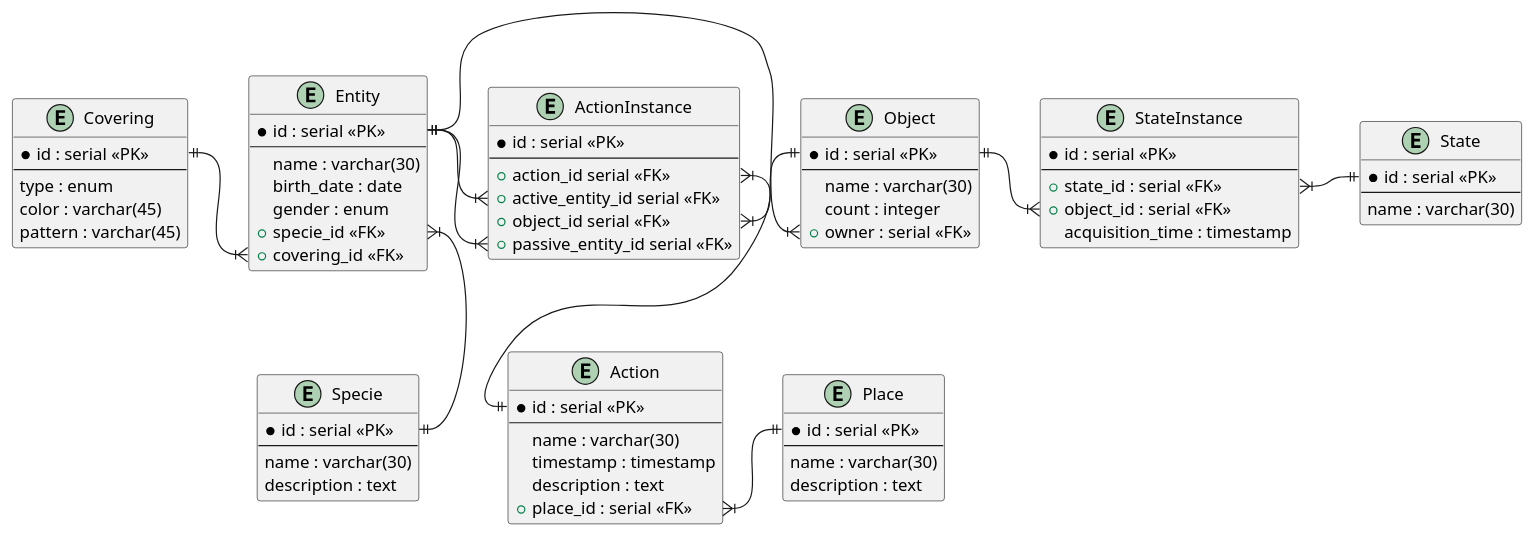
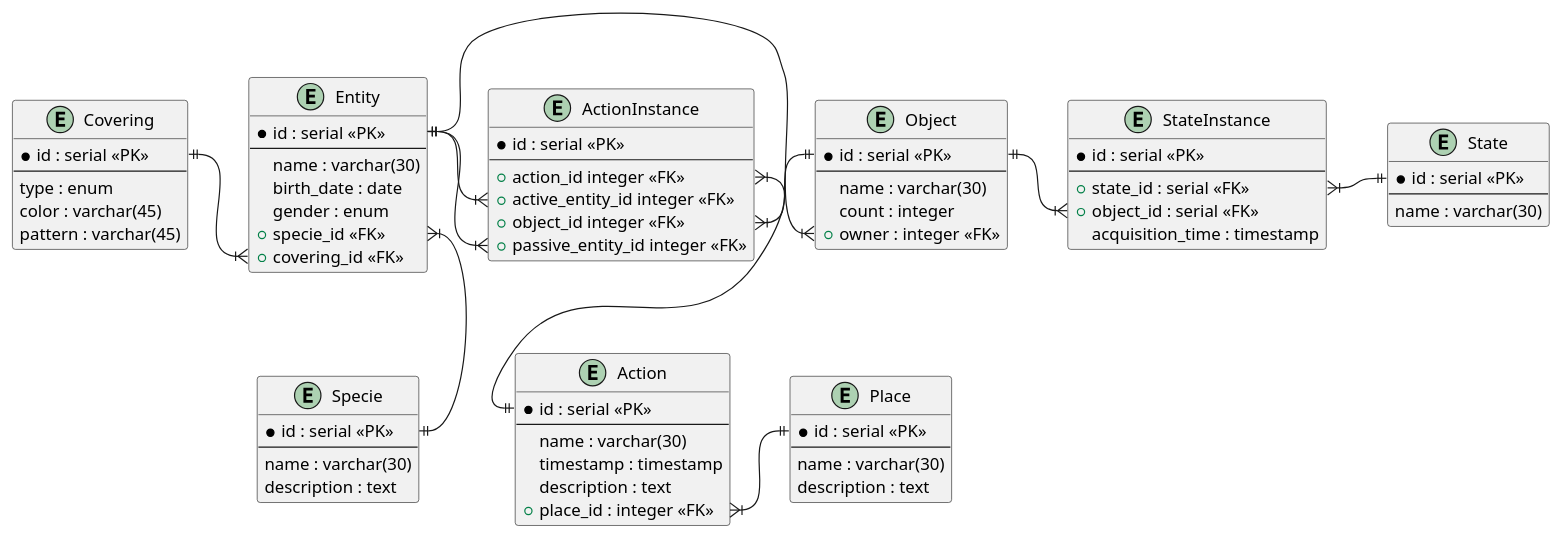
One commit to MrDvD/itmo_labs changed the diagram in databases/1/er-data.puml. Above: the diagram before and after it, drawn with PlantUML. The commit also changed 3 other files, not shown here.

```diff
--- a/databases/1/er-data.puml
+++ b/databases/1/er-data.puml
@@ -1,85 +1,85 @@
 @startuml name
 
 entity Entity {
    * id : serial «PK»
    ---
    name : varchar(30)
    birth_date : date
    gender : enum
    + specie_id «FK»
    + covering_id «FK»
 }
 
 entity Covering {
    * id : serial «PK»
    ---
    type : enum
    color : varchar(45)
    pattern : varchar(45)
 }
 
 entity Action {
    * id : serial «PK»
    ---
    name : varchar(30)
    timestamp : timestamp
    description : text
-   + place_id : serial «FK»
+   + place_id : integer «FK»
 }
 
 entity Place {
    * id : serial «PK»
    ---
    name : varchar(30)
    description : text
 }
 
 entity Object {
    * id : serial «PK»
    ---
    name : varchar(30)
    count : integer
-   + owner : serial «FK»
+   + owner : integer «FK»
 }
 
 entity State {
    * id : serial «PK»
    ---
    name : varchar(30)
 }
 
 entity Specie {
    * id : serial «PK»
    ---
    name : varchar(30)
    description : text
 }
 
 entity ActionInstance {
    * id : serial «PK»
    ---
-   + action_id serial «FK»
-   + active_entity_id serial «FK»
-   + object_id serial «FK»
-   + passive_entity_id serial «FK»
+   + action_id integer «FK»
+   + active_entity_id integer «FK»
+   + object_id integer «FK»
+   + passive_entity_id integer «FK»
 }
 
 entity StateInstance {
    * id : serial «PK»
    ---
    + state_id : serial «FK»
    + object_id : serial «FK»
    acquisition_time : timestamp
 }
 
 Entity::specie_id }|-d-|| Specie::id
 ActionInstance::active_entity_id }|-l-|| Entity::id
 ActionInstance::passive_entity_id }|-d-|| Entity::id
 Entity::covering_id }|-l-|| Covering::id
 StateInstance::state_id }|-r-|| State::id
 StateInstance::object_id }|-l-|| Object::id
 ActionInstance::action_id }|--|| Action::id
 ActionInstance::object_id }|-r-|| Object::id
 Action::place_id }|-r-|| Place::id
 Object::owner }|-l-|| Entity::id
 @enduml
```
